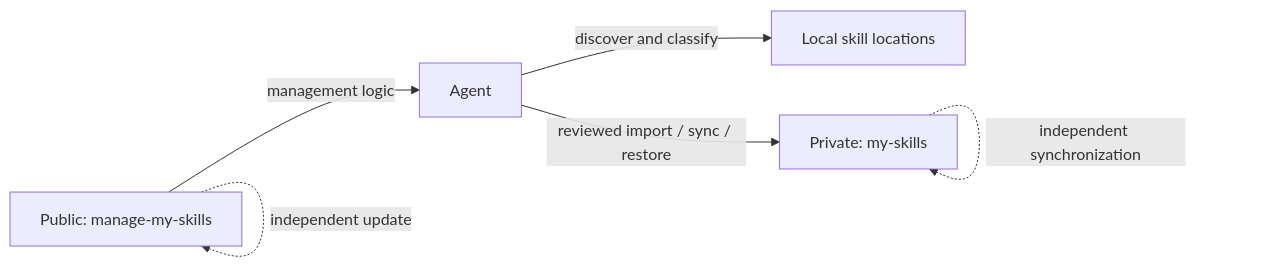
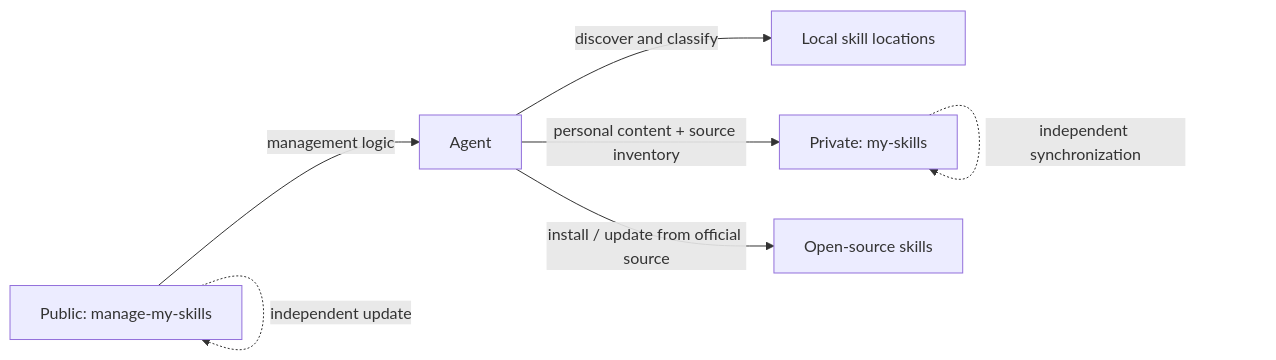
Before and after one commit to Pursuer-Hsf/manage-my-skills: the diagram in README.md, drawn with Mermaid. The commit also changed other lines of this file and 10 other files, not shown here.

Commit message:
Manage personal and open-source skills across machines

````diff
--- a/README.md
+++ b/README.md
@@ -64,8 +66,9 @@
 ```mermaid
 flowchart LR
     A["Public: manage-my-skills"] -->|"management logic"| B["Agent"]
     B -->|"discover and classify"| C["Local skill locations"]
-    B -->|"reviewed import / sync / restore"| D["Private: my-skills"]
+    B -->|"personal content + source inventory"| D["Private: my-skills"]
+    B -->|"install / update from official source"| E["Open-source skills"]
     A -. "independent update" .-> A
     D -. "independent synchronization" .-> D
 ```
````
